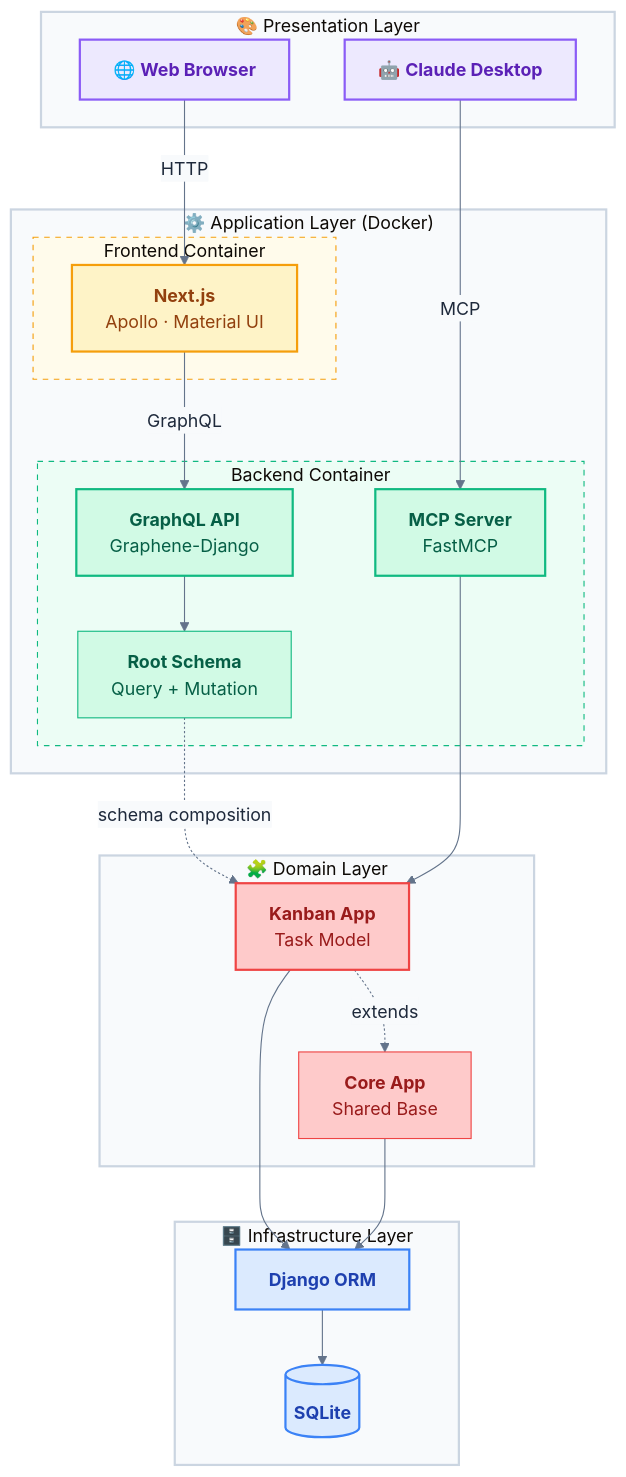
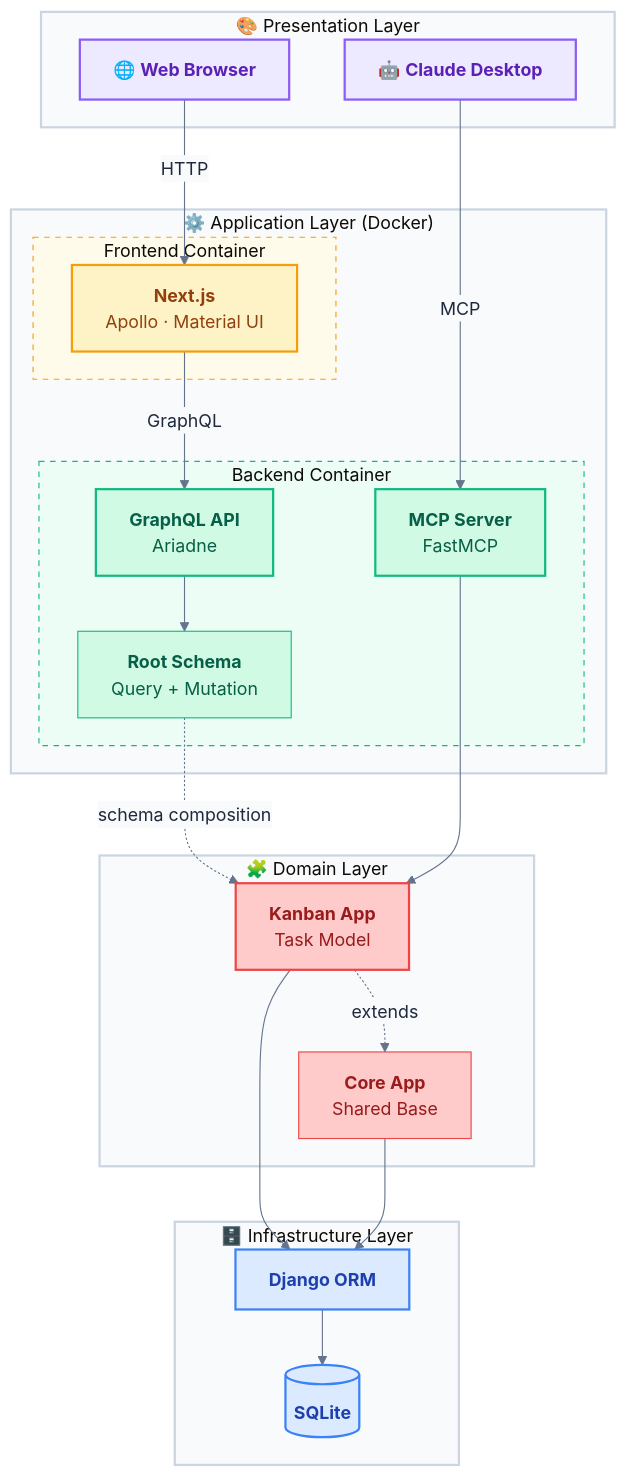
The first of 2 diagrams in README.md (ggustin93/nextjs-django-kanban-mcp), drawn with Mermaid before and after one commit. The commit also changed other lines of this file and 2 other files, not shown here.

First line of the commit message:
docs: update documentation for Ariadne migration and add codegen command

````diff
--- a/README.md
+++ b/README.md
@@ -107,63 +107,63 @@
 ```mermaid
 %%{init: {'theme': 'base', 'themeVariables': { 'primaryColor': '#fff', 'primaryTextColor': '#1e293b', 'primaryBorderColor': '#e2e8f0', 'lineColor': '#64748b', 'secondaryColor': '#f8fafc', 'tertiaryColor': '#f1f5f9'}}}%%
 graph TB
     subgraph Presentation["🎨 Presentation Layer"]
         Browser["🌐 <b>Web Browser</b>"]
         Claude["🤖 <b>Claude Desktop</b>"]
     end
 
     subgraph Application["⚙️ Application Layer (Docker)"]
         subgraph Frontend["Frontend Container"]
             NextApp["<b>Next.js</b><br/>Apollo · Material UI"]
         end
 
         subgraph Backend["Backend Container"]
-            GraphQL["<b>GraphQL API</b><br/>Graphene-Django"]
+            GraphQL["<b>GraphQL API</b><br/>Ariadne"]
             MCPServer["<b>MCP Server</b><br/>FastMCP"]
             RootSchema["<b>Root Schema</b><br/>Query + Mutation"]
         end
     end
 
     subgraph Domain["🧩 Domain Layer"]
         CoreApp["<b>Core App</b><br/>Shared Base"]
         KanbanApp["<b>Kanban App</b><br/>Task Model"]
     end
 
     subgraph Infrastructure["🗄️ Infrastructure Layer"]
         ORM["<b>Django ORM</b>"]
         DB[("<b>SQLite</b>")]
     end
 
     %% Connections
     Browser -->|"HTTP"| NextApp
     NextApp -->|"GraphQL"| GraphQL
     Claude -->|"MCP"| MCPServer
 
     GraphQL --> RootSchema
     RootSchema -.->|"schema composition"| KanbanApp
     MCPServer --> KanbanApp
     KanbanApp -.->|"extends"| CoreApp
 
     KanbanApp --> ORM
     CoreApp --> ORM
     ORM --> DB
 
     %% Styling
     style Browser fill:#ede9fe,stroke:#8b5cf6,color:#5b21b6,stroke-width:2px
     style Claude fill:#ede9fe,stroke:#8b5cf6,color:#5b21b6,stroke-width:2px
     style NextApp fill:#fef3c7,stroke:#f59e0b,color:#92400e,stroke-width:2px
     style GraphQL fill:#d1fae5,stroke:#10b981,color:#065f46,stroke-width:2px
     style MCPServer fill:#d1fae5,stroke:#10b981,color:#065f46,stroke-width:2px
     style RootSchema fill:#d1fae5,stroke:#10b981,color:#065f46
     style CoreApp fill:#fecaca,stroke:#ef4444,color:#991b1b
     style KanbanApp fill:#fecaca,stroke:#ef4444,color:#991b1b,stroke-width:2px
     style ORM fill:#dbeafe,stroke:#3b82f6,color:#1e40af,stroke-width:2px
     style DB fill:#dbeafe,stroke:#3b82f6,color:#1e40af,stroke-width:2px
 
     style Presentation fill:#f8fafc,stroke:#cbd5e1,stroke-width:2px
     style Application fill:#f8fafc,stroke:#cbd5e1,stroke-width:2px
     style Frontend fill:#fffbeb,stroke:#f59e0b,stroke-dasharray:5 5
     style Backend fill:#ecfdf5,stroke:#10b981,stroke-dasharray:5 5
     style Domain fill:#f8fafc,stroke:#cbd5e1,stroke-width:2px
     style Infrastructure fill:#f8fafc,stroke:#cbd5e1,stroke-width:2px
 ```
````
